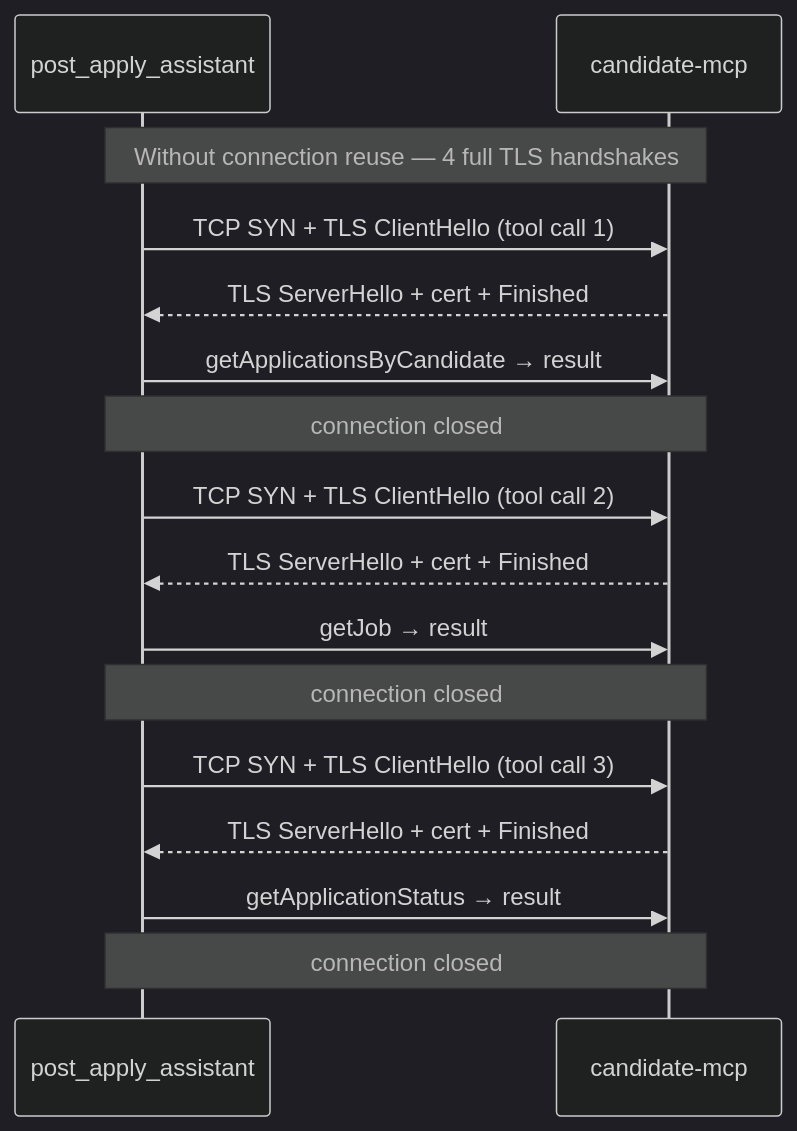
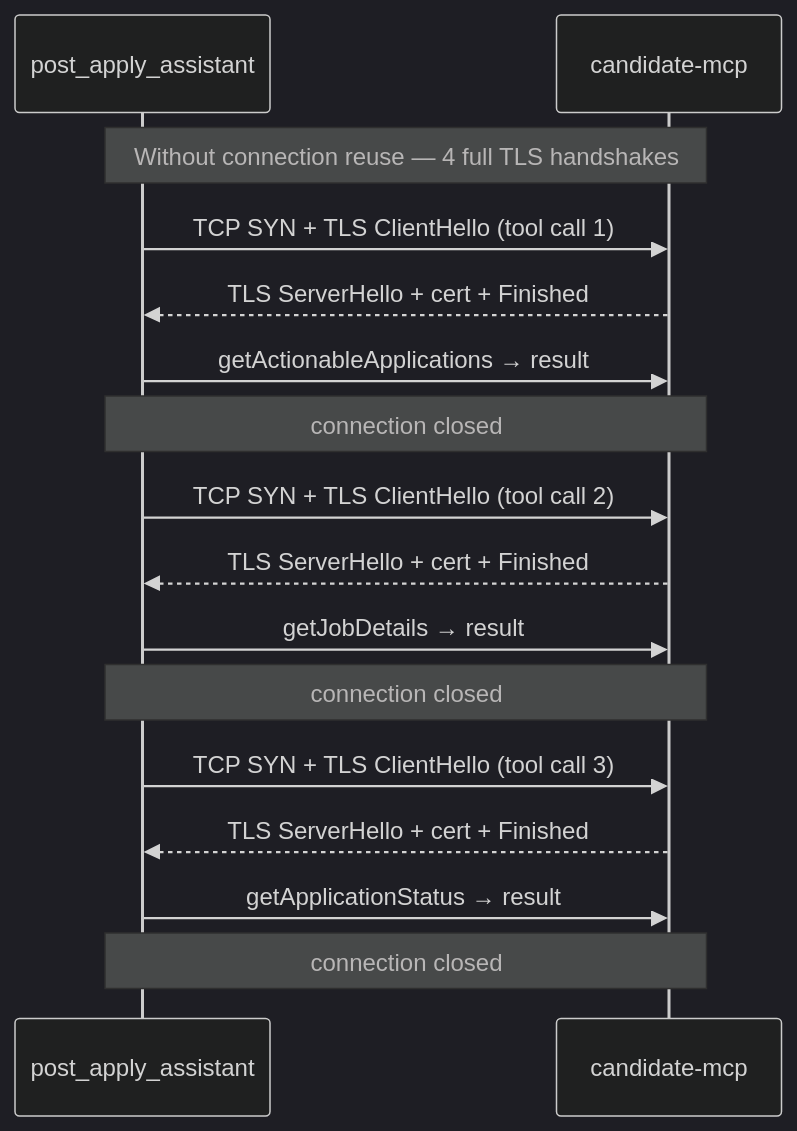
One commit to venkat-raman17/candidate-agent changed diagram 19 of 35 in LLD_POST_APPLY_ASSISTANT.md. Above: the diagram before and after it, drawn with Mermaid (dark theme). The commit also changed other lines of this file, not shown here.

````diff
--- a/LLD_POST_APPLY_ASSISTANT.md
+++ b/LLD_POST_APPLY_ASSISTANT.md
@@ -1472,22 +1089,22 @@
 ```mermaid
 sequenceDiagram
     participant PAA as post_apply_assistant
     participant MCP as candidate-mcp
 
     note over PAA,MCP: Without connection reuse — 4 full TLS handshakes
 
     PAA->>MCP: TCP SYN + TLS ClientHello (tool call 1)
     MCP-->>PAA: TLS ServerHello + cert + Finished
-    PAA->>MCP: getApplicationsByCandidate → result
+    PAA->>MCP: getActionableApplications → result
     note over PAA,MCP: connection closed
 
     PAA->>MCP: TCP SYN + TLS ClientHello (tool call 2)
     MCP-->>PAA: TLS ServerHello + cert + Finished
-    PAA->>MCP: getJob → result
+    PAA->>MCP: getJobDetails → result
     note over PAA,MCP: connection closed
 
     PAA->>MCP: TCP SYN + TLS ClientHello (tool call 3)
     MCP-->>PAA: TLS ServerHello + cert + Finished
     PAA->>MCP: getApplicationStatus → result
     note over PAA,MCP: connection closed
 ```
````
